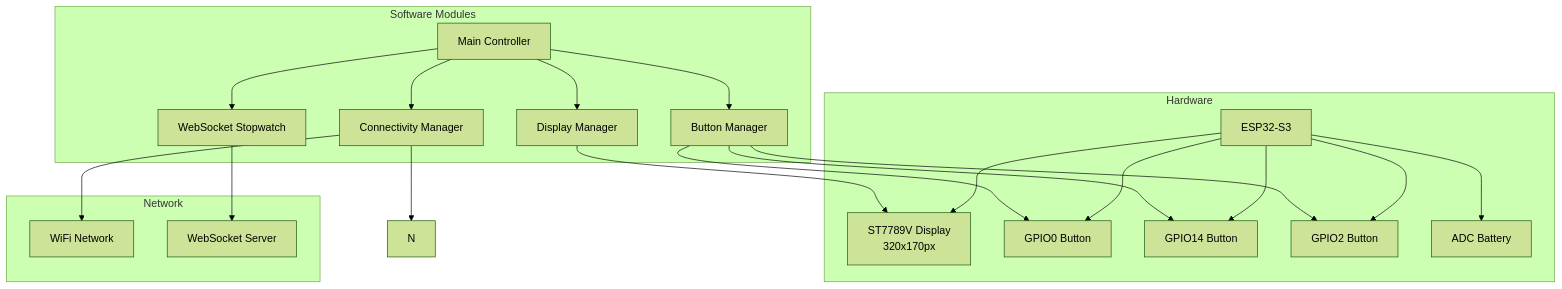
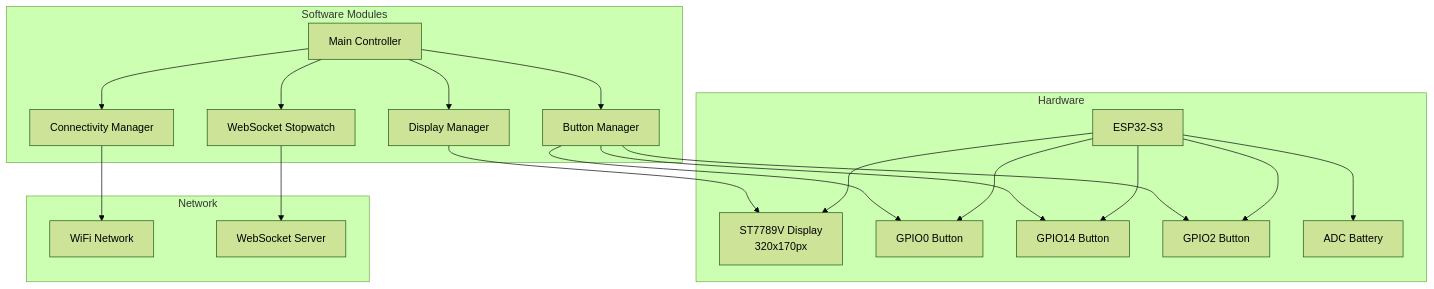
The first of 3 diagrams in README.md (spelbreker/swimwatch-hardware), drawn with Mermaid (forest theme) before and after one commit.

Commit message:
Remove unused graph connection from README.md

````diff
--- a/README.md
+++ b/README.md
@@ -16,44 +16,43 @@
 ```mermaid
 graph TB
     subgraph "Hardware"
         A[ESP32-S3] 
         B[ST7789V Display<br/>320x170px]
         C[GPIO0 Button]
         D[GPIO14 Button]
         E[GPIO2 Button]
         F[ADC Battery]
     end
     
     subgraph "Software Modules"
         G[Main Controller]
         H[Display Manager]
         I[Button Manager]
         J[Connectivity Manager]
         K[WebSocket Stopwatch]
     end
     
     subgraph "Network"
         L[WiFi Network]
         M[WebSocket Server]
     end
     
     A --> B
     A --> C
     A --> D
     A --> E
     A --> F
     
     G --> H
     G --> I
     G --> J
     G --> K
     
     J --> L
     K --> M
-    J --> N
     
     H --> B
     I --> C
     I --> D
     I --> E
 ```
````
